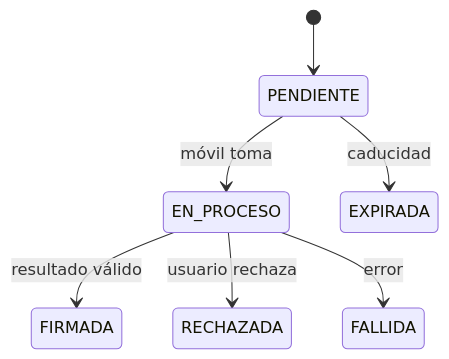
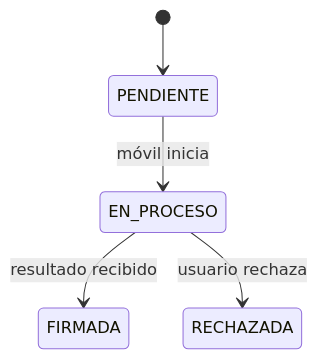
One commit to AlexQuispe/firmador-servicio changed the second of 2 diagrams in README.md. Above: the diagram before and after it, drawn with Mermaid. The commit also changed other lines of this file and 2 other files, not shown here.

````diff
--- a/README.md
+++ b/README.md
@@ -26,9 +27,7 @@
 ```mermaid
 stateDiagram-v2
     [*] --> PENDIENTE
-    PENDIENTE --> EN_PROCESO: móvil toma
-    EN_PROCESO --> FIRMADA: resultado válido
+    PENDIENTE --> EN_PROCESO: móvil inicia
+    EN_PROCESO --> FIRMADA: resultado recibido
     EN_PROCESO --> RECHAZADA: usuario rechaza
-    EN_PROCESO --> FALLIDA: error
-    PENDIENTE --> EXPIRADA: caducidad
 ```
````
